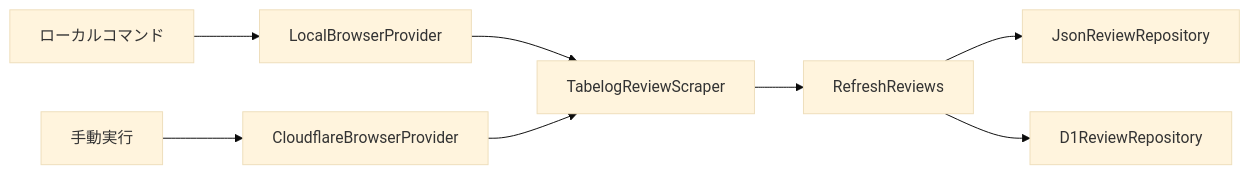
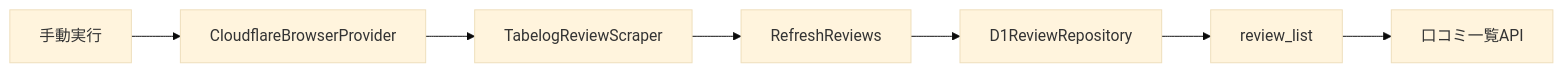
Before and after one commit to kakami21/write-like-you: the diagram in README.md, drawn with Mermaid (base theme). The commit also changed other lines of this file and 23 other files, not shown here.

````diff
--- a/README.md
+++ b/README.md
@@ -30,10 +30,9 @@
 ```mermaid
 flowchart LR
-    L["ローカルコマンド"] --> LB["LocalBrowserProvider"]
-    C["手動実行"] --> CB["CloudflareBrowserProvider"]
-    LB --> S["TabelogReviewScraper"]
-    CB --> S
+    C["手動実行"] --> B["CloudflareBrowserProvider"]
+    B --> S["TabelogReviewScraper"]
     S --> R["RefreshReviews"]
-    R --> J["JsonReviewRepository"]
     R --> D["D1ReviewRepository"]
+    D --> V["review_list"]
+    V --> A["口コミ一覧API"]
 ```
````
